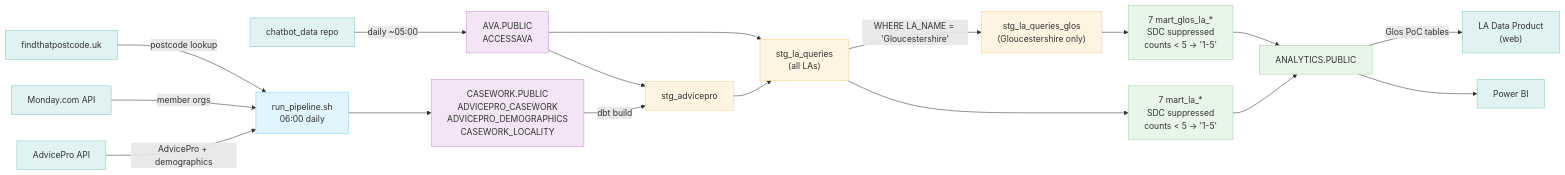
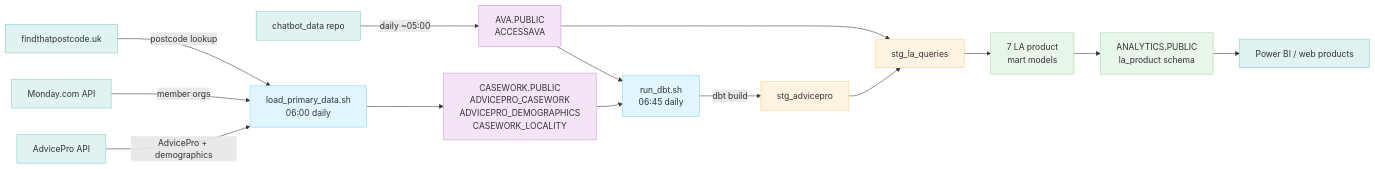
One commit to access-social-care/dbt-asc changed the diagram in README.md. Above: the diagram before and after it, drawn with Mermaid. The commit also changed other lines of this file, not shown here.

Commit message:
docs: fix monitoring section - correct file names, dbt.log excluded

````diff
--- a/README.md
+++ b/README.md
@@ -13,48 +13,42 @@
 ```mermaid
 graph LR
     AP["AdvicePro API"]:::external
     MON["Monday.com API"]:::external
     FTPC["findthatpostcode.uk"]:::external
     CBD["chatbot_data repo"]:::external
 
-    RPN["run_pipeline.sh<br>06:00 daily"]:::process
+    LPD["load_primary_data.sh<br>06:00 daily"]:::process
+    RDT["run_dbt.sh<br>06:45 daily"]:::process
 
     AVA["AVA.PUBLIC<br>ACCESSAVA"]:::source
     CW["CASEWORK.PUBLIC<br>ADVICEPRO_CASEWORK<br>ADVICEPRO_DEMOGRAPHICS<br>CASEWORK_LOCALITY"]:::source
 
     STG1["stg_advicepro"]:::product
-    STG2["stg_la_queries<br>(all LAs)"]:::product
-    GLOS["stg_la_queries_glos<br>(Gloucestershire only)"]:::product
+    STG2["stg_la_queries"]:::product
+    MART["7 LA product<br>mart models"]:::final
+    ANA["ANALYTICS.PUBLIC<br>la_product schema"]:::final
 
-    MART["7 mart_la_*<br>SDC suppressed<br>counts &lt; 5 → '1-5'"]:::final
-    MARTG["7 mart_glos_la_*<br>SDC suppressed<br>counts &lt; 5 → '1-5'"]:::final
-    ANA["ANALYTICS.PUBLIC"]:::final
+    WEB["Power BI / web products"]:::external
 
-    PBI["Power BI"]:::external
-    LAP["LA Data Product<br>(web)"]:::external
-
-    AP -->|"AdvicePro + demographics"| RPN
-    MON -->|"member orgs"| RPN
-    FTPC -->|"postcode lookup"| RPN
+    AP -->|"AdvicePro + demographics"| LPD
+    MON -->|"member orgs"| LPD
+    FTPC -->|"postcode lookup"| LPD
     CBD -->|"daily ~05:00"| AVA
 
-    RPN --> CW
+    LPD --> CW
 
-    AVA --> STG1
-    CW -->|"dbt build"| STG1
+    AVA --> RDT
+    CW --> RDT
+    RDT -->|"dbt build"| STG1
     STG1 --> STG2
     AVA --> STG2
     STG2 --> MART
-    STG2 -->|"WHERE LA_NAME = 'Gloucestershire'"| GLOS
-    GLOS --> MARTG
     MART --> ANA
-    MARTG --> ANA
-    ANA --> PBI
-    ANA -->|"Glos PoC tables"| LAP
+    ANA --> WEB
 
     classDef external fill:#e0f2f1,stroke:#80cbc4
     classDef process fill:#e1f5ff,stroke:#81d4fa
     classDef source fill:#f3e5f5,stroke:#ce93d8
     classDef product fill:#fff4e1,stroke:#ffcc80
     classDef final fill:#e8f5e9,stroke:#a5d6a7
 ```
````
